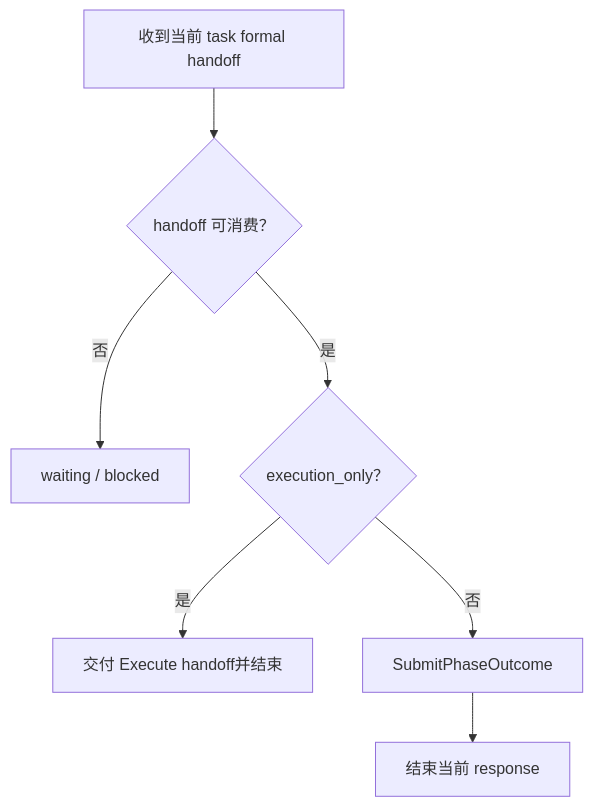
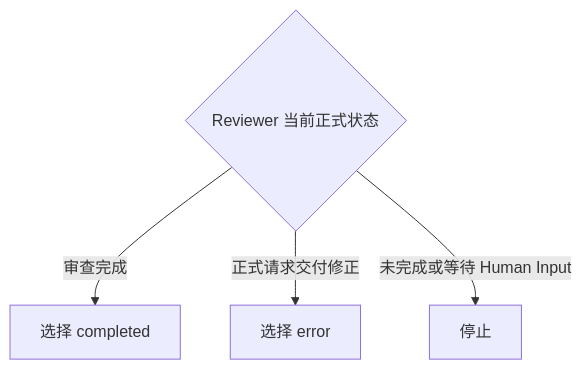
One commit to daihothot/scout changed the fifth of 5 diagrams in assets/codex/skills/domain-rbt-coordinator/SKILL.md. Above: the diagram before and after it, drawn with Mermaid. The commit also changed other lines of this file and 9 other files, not shown here.

````diff
--- a/assets/codex/skills/domain-rbt-coordinator/SKILL.md
+++ b/assets/codex/skills/domain-rbt-coordinator/SKILL.md
@@ -255,9 +276,7 @@
 ```mermaid
 flowchart TD
-  A["收到当前 task formal handoff"] --> B{"handoff 可消费？"}
-  B -- "否" --> X["waiting / blocked"]
-  B -- "是" --> C{"execution_only？"}
-  C -- "是" --> D["交付 Execute handoff并结束"]
-  C -- "否" --> E["SubmitPhaseOutcome"]
-  E --> F["结束当前 response"]
+  A{"Reviewer 当前正式状态"}
+  A -- "审查完成" --> B["选择 completed"]
+  A -- "正式请求交付修正" --> C["选择 error"]
+  A -- "未完成或等待 Human Input" --> D["停止"]
 ```
````
